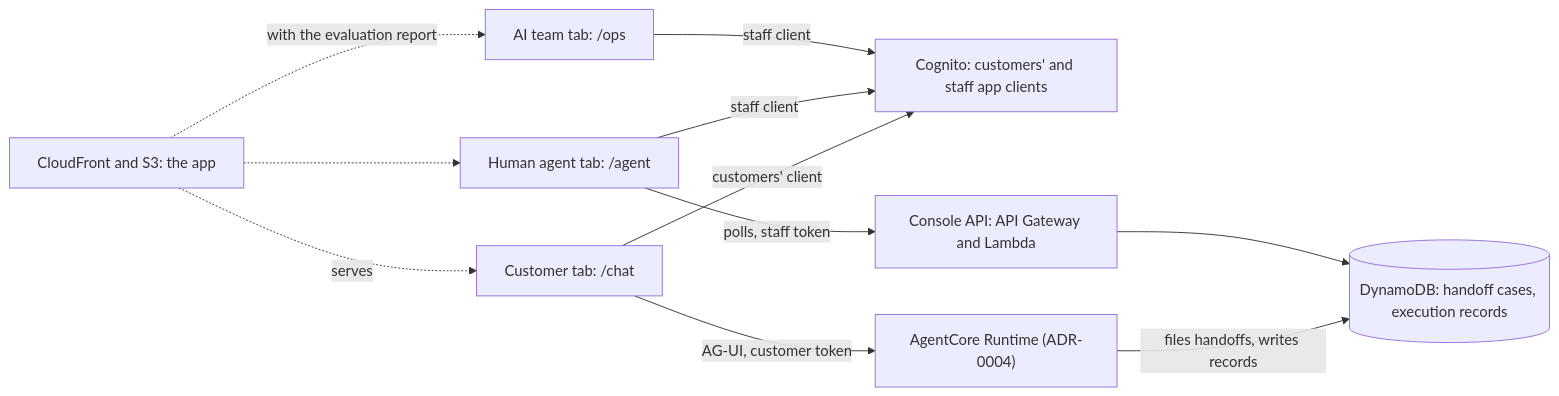
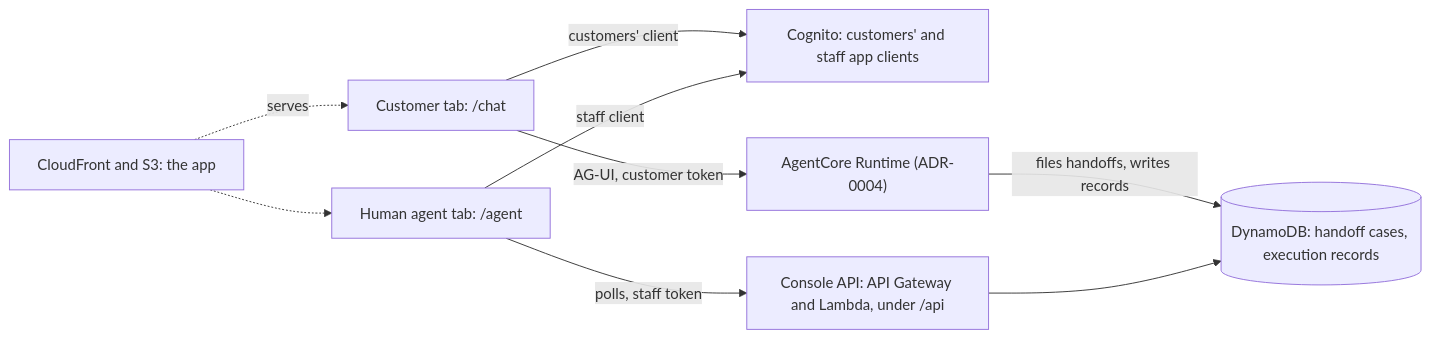
One commit to gafnts/factored-hackathon-2026-gafnts changed the diagram in docs/adr/0007-role-gated-web-app.md. Above: the diagram before and after it, drawn with Mermaid. The commit also changed other lines of this file, not shown here.

````diff
--- a/docs/adr/0007-role-gated-web-app.md
+++ b/docs/adr/0007-role-gated-web-app.md
@@ -43,21 +30,18 @@
 ```mermaid
 flowchart LR
   CF["CloudFront and S3: the app"]
   CUST["Customer tab: /chat"]
   AGT["Human agent tab: /agent"]
-  OPS["AI team tab: /ops"]
   COG["Cognito: customers' and staff app clients"]
   RT["AgentCore Runtime (ADR-0004)"]
-  API["Console API: API Gateway and Lambda"]
+  API["Console API: API Gateway and Lambda, under /api"]
   DB[("DynamoDB: handoff cases, execution records")]
   CF -.->|"serves"| CUST
   CF -.-> AGT
-  CF -.->|"with the evaluation report"| OPS
   CUST -->|"customers' client"| COG
   AGT -->|"staff client"| COG
-  OPS -->|"staff client"| COG
   CUST -->|"AG-UI, customer token"| RT
   AGT -->|"polls, staff token"| API
   RT -->|"files handoffs, writes records"| DB
   API --> DB
 ```
````
